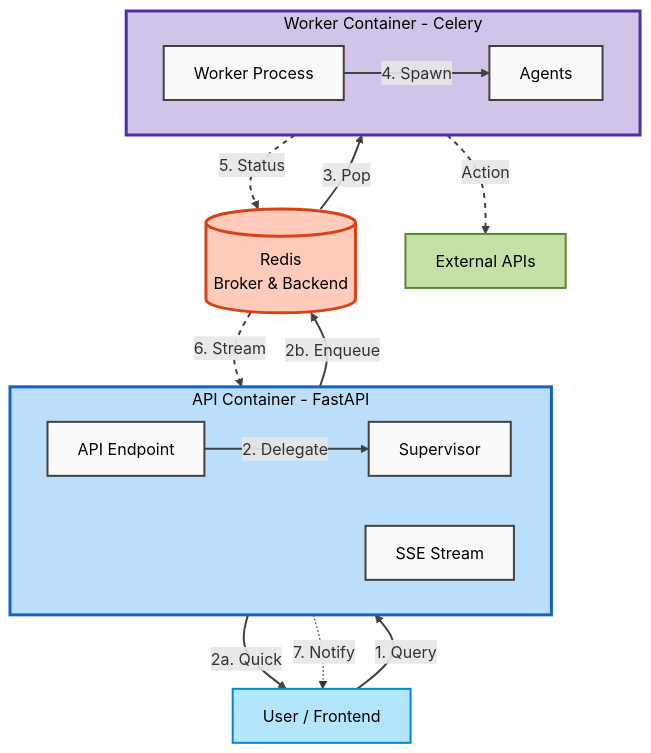
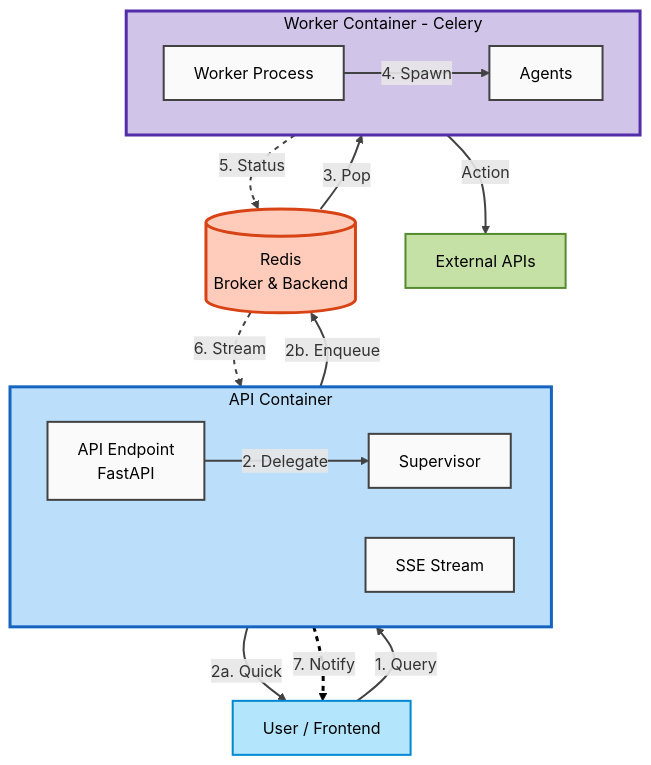
The first of 2 diagrams in README.md (Lasdw6/agentic-personal-assistant), drawn with Mermaid before and after one commit. The commit also changed other lines of this file, not shown here.

Commit message:
updated diagrams and desc

````diff
--- a/README.md
+++ b/README.md
@@ -21,64 +21,65 @@
 ```mermaid
 flowchart TB
     %% Compact Top-to-Bottom layout for single screen
 
     User[User / Frontend]
 
-    subgraph API [API Container - FastAPI]
+    subgraph API [API Container]
         direction LR
-        API_Endpoint[API Endpoint]
+        API_Endpoint[API Endpoint<br/>FastAPI]
         Supervisor[Supervisor]
         SSE[SSE Stream]
     end
 
     Redis[(Redis<br/>Broker & Backend)]
 
     subgraph Worker [Worker Container - Celery]
         direction LR
         Worker_Process[Worker Process]
         Agents[Agents]
     end
 
     Ext[External APIs]
 
     %% Styling - Refined Professional Palette
     classDef apiContainer fill:#BBDEFB,stroke:#1565C0,stroke-width:3px,color:#000;
     classDef workerContainer fill:#D1C4E9,stroke:#512DA8,stroke-width:3px,color:#000;
     classDef infrastructure fill:#FFCCBC,stroke:#D84315,stroke-width:3px,color:#000;
     classDef component fill:#FAFAFA,stroke:#424242,stroke-width:2px,color:#000;
     classDef user fill:#B3E5FC,stroke:#0288D1,stroke-width:2px,color:#000;
     classDef external fill:#C5E1A5,stroke:#558B2F,stroke-width:2px,color:#000;
 
     class API apiContainer;
     class Worker workerContainer;
     class Redis infrastructure;
     class API_Endpoint,Supervisor,SSE,Worker_Process,Agents component;
     class User user;
     class Ext external;
 
     %% Flows
     User -->|1. Query| API_Endpoint
     API_Endpoint -->|2. Delegate| Supervisor
 
     Supervisor -->|2a. Quick| User
     Supervisor -->|2b. Enqueue| Redis
 
     Redis -->|3. Pop| Worker_Process
     Worker_Process -->|4. Spawn| Agents
     Agents -->|Action| Ext
 
     Worker_Process -.->|5. Status| Redis
     Redis -.->|6. Stream| SSE
     SSE -.->|7. Notify| User
 
     %% Edge Styling - Make arrows more visible
     linkStyle 0 stroke:#424242,stroke-width:2px
     linkStyle 1 stroke:#424242,stroke-width:2px
     linkStyle 2 stroke:#424242,stroke-width:2px
     linkStyle 3 stroke:#424242,stroke-width:2px
     linkStyle 4 stroke:#424242,stroke-width:2px
     linkStyle 5 stroke:#424242,stroke-width:2px
-    linkStyle 6 stroke:#424242,stroke-width:2px,stroke-dasharray: 5 5
+    linkStyle 6 stroke:#424242,stroke-width:2px
     linkStyle 7 stroke:#424242,stroke-width:2px,stroke-dasharray: 5 5
     linkStyle 8 stroke:#424242,stroke-width:2px,stroke-dasharray: 5 5
+    linkStyle 9 stroke:#000000,stroke-width:3px,stroke-dasharray: 5 5
 ```
````
